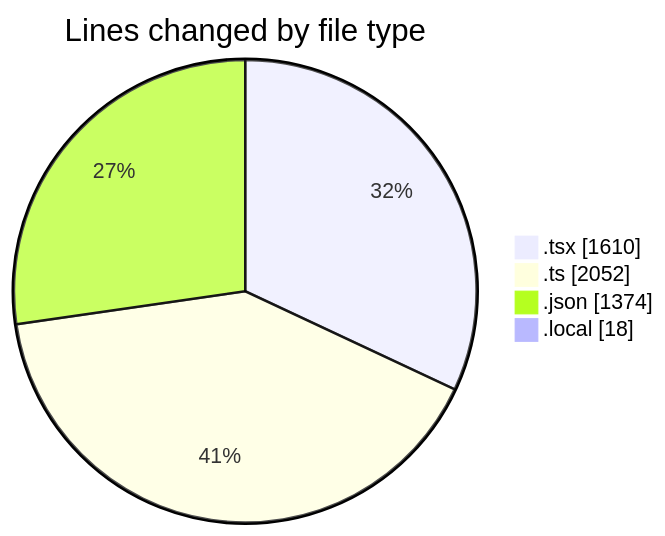
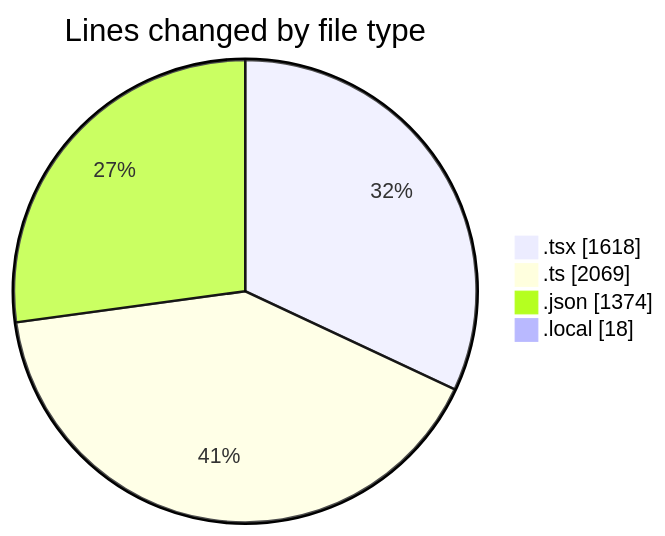
One commit to julien-gomy/code-tracking changed the first of 2 diagrams in 2025-10-16/eventscop-frontend-guide__workspace_/README.md. Above: the diagram before and after it, drawn with Mermaid. The commit also changed other lines of this file and 1 other file, not shown here.

````diff
--- a/2025-10-16/eventscop-frontend-guide__workspace_/README.md
+++ b/2025-10-16/eventscop-frontend-guide__workspace_/README.md
@@ -47,8 +47,8 @@
 ```mermaid
 pie showData
 title Lines changed by file type
-".tsx" : 1610
-".ts" : 2052
+".tsx" : 1618
+".ts" : 2069
 ".json" : 1374
 ".local" : 18
 ```
````
